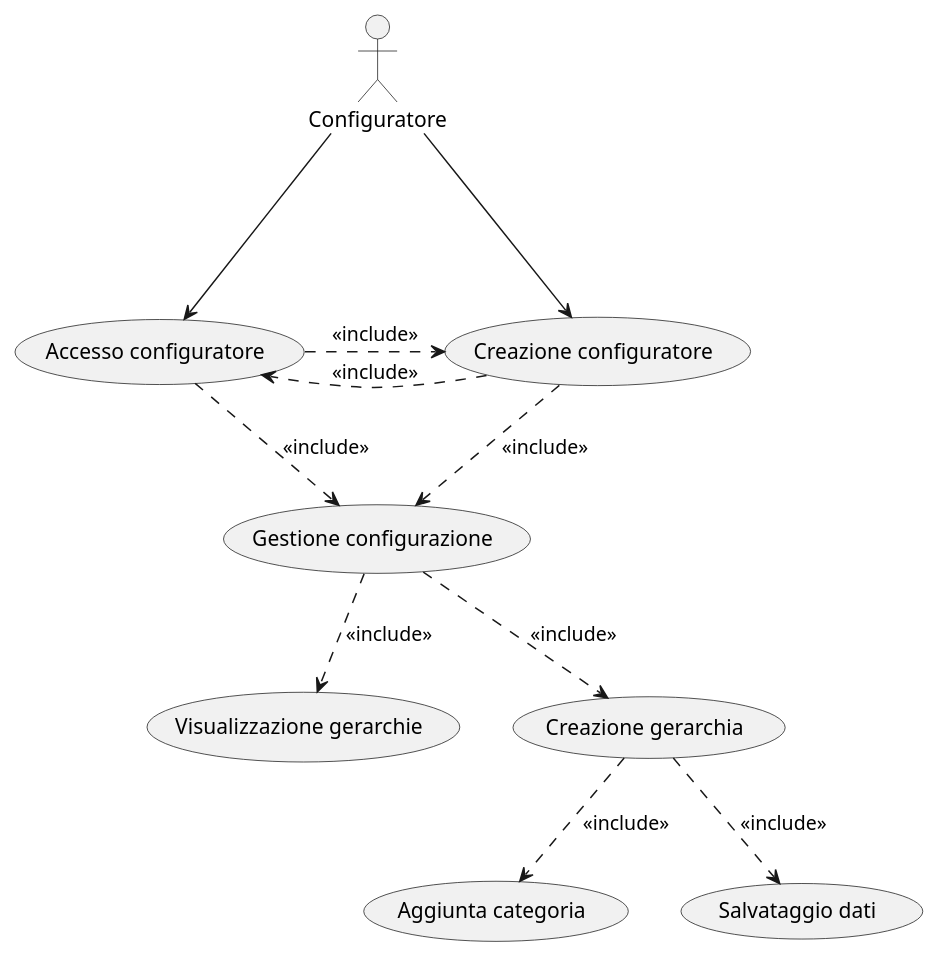
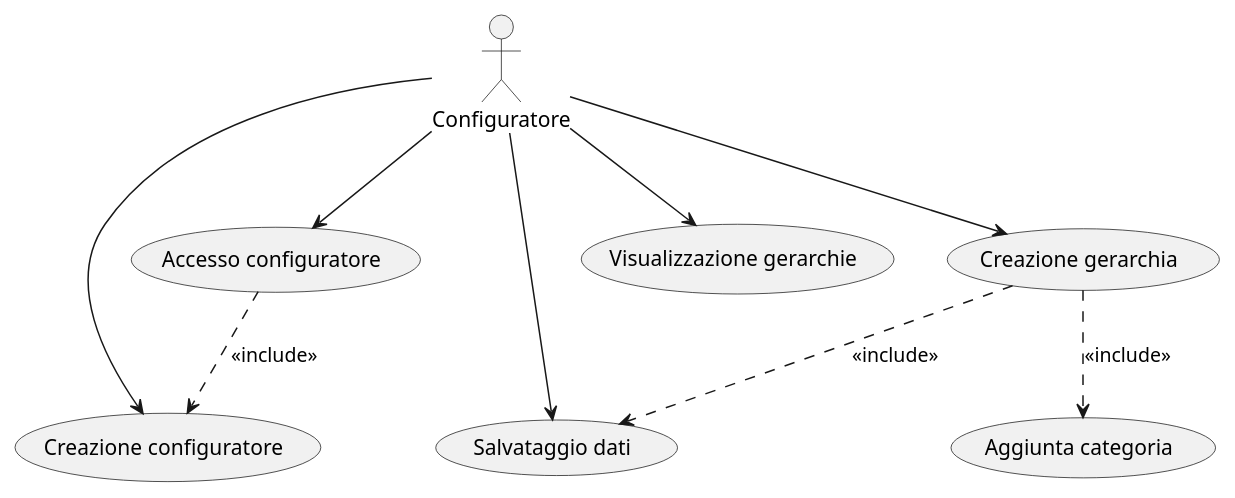
Before and after one commit to eletoo/inge_del_software: the diagram in doc/uml/version1/puml/Use case diagram-Version1.0.puml, drawn with PlantUML. The commit also changed 18 other files, not shown here.

```diff
--- a/doc/uml/version1/puml/Use case diagram-Version1.0.puml
+++ b/doc/uml/version1/puml/Use case diagram-Version1.0.puml
@@ -1,28 +1,23 @@
 @startuml
-'https://plantuml.com/use-case-diagram
 
-:Configuratore: as Admin
 (Accesso configuratore) as (Use1)
 (Creazione configuratore) as (Use2)
-
-Admin ---> (Use1)
-Admin ---> (Use2)
-
-(Use1) .right.> (Use2): <<include>>
-(Use2) .right.> (Use1): <<include>>
-
-(Gestione configurazione) as (Use3)
-(Use1) ..> (Use3): <<include>>
-(Use2) ..> (Use3): <<include>>
-
+(Salvataggio dati) as (Use3)
 (Visualizzazione gerarchie) as (Use4)
 (Creazione gerarchia) as (Use5)
 (Aggiunta categoria) as (Use6)
-(Salvataggio dati) as (Use7)
 
-(Use3)..>(Use4): <<include>>
-(Use3)..>(Use5): <<include>>
-(Use5)..>(Use6): <<include>>
-(Use5)..>(Use7): <<include>>
+
+
+:Configuratore: as Admin
+Admin --> (Use4)
+Admin --> (Use5)
+Admin -down-> (Use3)
+Admin -right-> (Use2)
+Admin --> (Use1)
+
+(Use1) ..> (Use2): <<include>>
+(Use5) ..> (Use6): <<include>>
+(Use5) ..> (Use3): <<include>>
 
 @enduml
```
